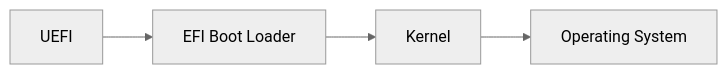
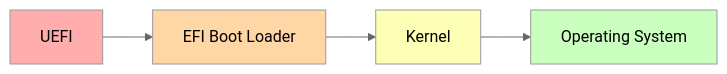
Before and after one commit to HorningGit/Rayquaza_Resources: the second of 3 diagrams in tools/admin/linux/bootprocess.md, drawn with Mermaid (neutral theme). The commit also changed other lines of this file, not shown here.

````diff
--- a/tools/admin/linux/bootprocess.md
+++ b/tools/admin/linux/bootprocess.md
@@ -30,4 +34,8 @@
 ```mermaid
 flowchart LR;
     A[UEFI]-->B[EFI Boot Loader]-->C[Kernel]-->D[Operating System]
+    style A fill:#FFADAD
+    style B fill:#FFD6A5
+    style C fill:#FDFFB6
+    style D fill:#CAFFBF
 ```
````
